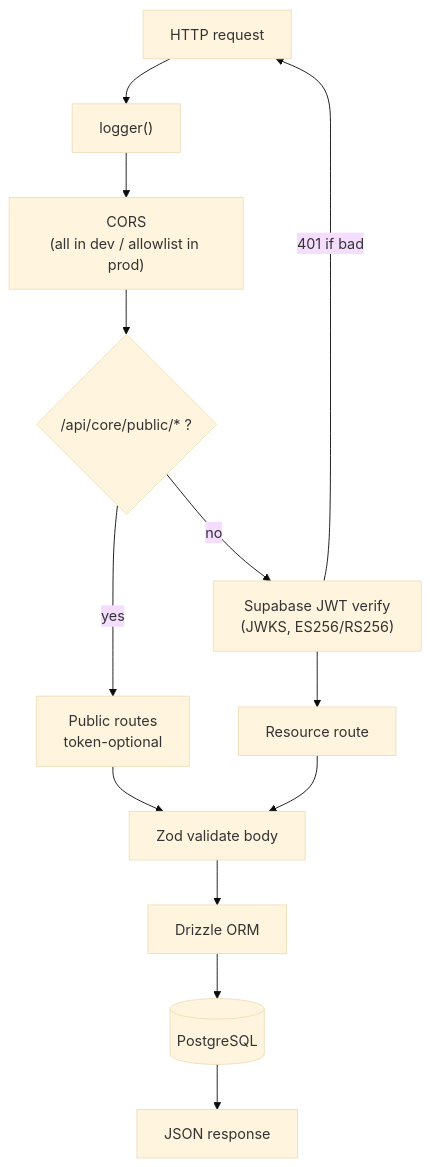
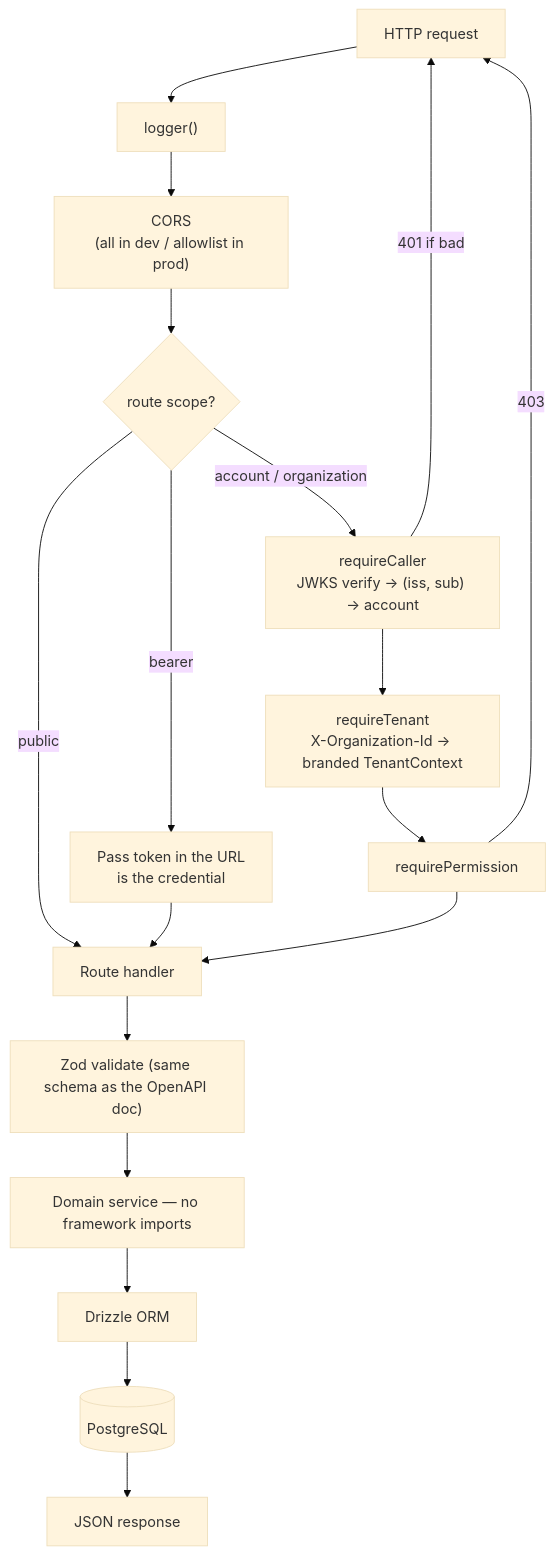
The diagram in services/core/README.md (codewreaker/credopass), drawn with Mermaid (base theme) before and after one commit. The commit also changed other lines of this file and 101 other files, not shown here.

````diff
--- a/services/core/README.md
+++ b/services/core/README.md
@@ -13,15 +18,20 @@
 ```mermaid
 flowchart TD
     Req["HTTP request"] --> Log["logger()"]
     Log --> Cors["CORS<br/>(all in dev / allowlist in prod)"]
-    Cors --> Pub{"/api/core/public/* ?"}
-    Pub -->|yes| PubR["Public routes<br/>token-optional"]
-    Pub -->|no| Auth["Supabase JWT verify<br/>(JWKS, ES256/RS256)"]
-    Auth -->|401 if bad| Req
-    Auth --> Route["Resource route"]
-    PubR --> Valid
-    Route --> Valid["Zod validate body"]
-    Valid --> Drizzle["Drizzle ORM"]
+    Cors --> Scope{"route scope?"}
+    Scope -->|public| Handler
+    Scope -->|bearer| PassTok["Pass token in the URL<br/>is the credential"]
+    Scope -->|account / organization| Caller["requireCaller<br/>JWKS verify → (iss, sub) → account"]
+    Caller -->|401 if bad| Req
+    Caller --> Tenant["requireTenant<br/>X-Organization-Id → branded TenantContext"]
+    Tenant --> Perm["requirePermission"]
+    Perm -->|403| Req
+    PassTok --> Handler
+    Perm --> Handler["Route handler"]
+    Handler --> Valid["Zod validate (same schema as the OpenAPI doc)"]
+    Valid --> Svc["Domain service — no framework imports"]
+    Svc --> Drizzle["Drizzle ORM"]
     Drizzle --> PG[("PostgreSQL")]
     PG --> Res["JSON response"]
 ```
````
